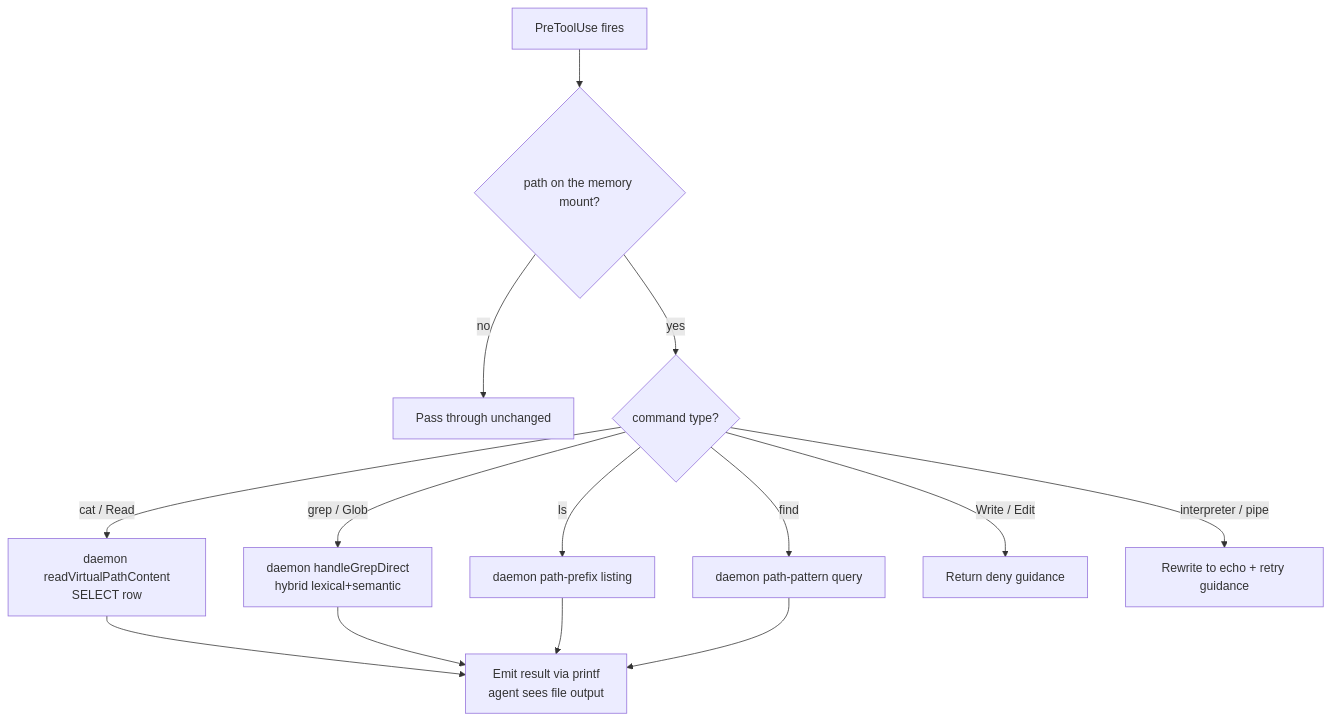
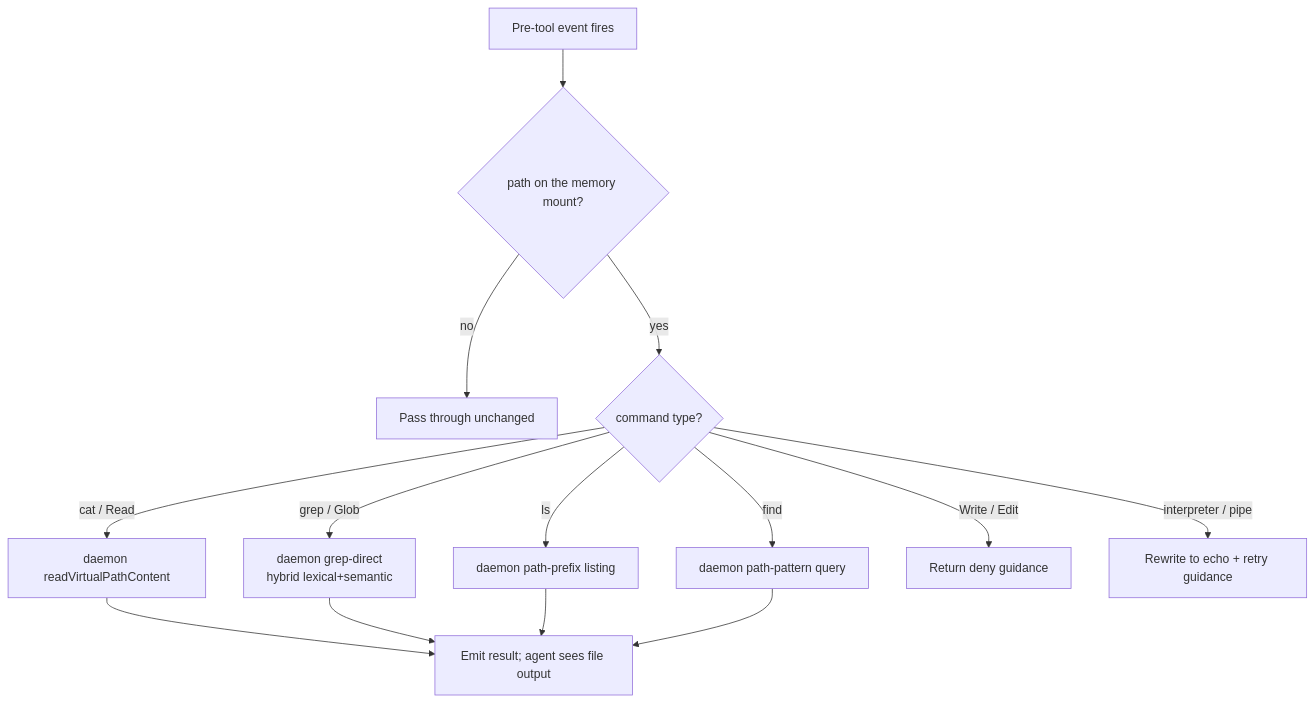
One commit to legioncodeinc/honeycomb changed the first of 2 diagrams in library/knowledge/private/integrations/hook-lifecycle.md. Above: the diagram before and after it, drawn with Mermaid. The commit also changed other lines of this file and 24 other files, not shown here.

````diff
--- a/library/knowledge/private/integrations/hook-lifecycle.md
+++ b/library/knowledge/private/integrations/hook-lifecycle.md
@@ -147,16 +126,16 @@
 ```mermaid
 flowchart TD
-    hookFire["PreToolUse fires"] --> isMemoryPath{"path on the memory mount?"}
+    hookFire["Pre-tool event fires"] --> isMemoryPath{"path on the memory mount?"}
     isMemoryPath -- no --> passThrough["Pass through unchanged"]
     isMemoryPath -- yes --> routeCmd{"command type?"}
-    routeCmd -- "cat / Read" --> daemonRead["daemon readVirtualPathContent\nSELECT row"]
-    routeCmd -- "grep / Glob" --> daemonSearch["daemon handleGrepDirect\nhybrid lexical+semantic"]
+    routeCmd -- "cat / Read" --> daemonRead["daemon readVirtualPathContent"]
+    routeCmd -- "grep / Glob" --> daemonSearch["daemon grep-direct\nhybrid lexical+semantic"]
     routeCmd -- "ls" --> daemonList["daemon path-prefix listing"]
     routeCmd -- "find" --> daemonPattern["daemon path-pattern query"]
     routeCmd -- "Write / Edit" --> denyWrite["Return deny guidance"]
     routeCmd -- "interpreter / pipe" --> safeEcho["Rewrite to echo + retry guidance"]
-    daemonRead --> emitResult["Emit result via printf\nagent sees file output"]
+    daemonRead --> emitResult["Emit result; agent sees file output"]
     daemonSearch --> emitResult
     daemonList --> emitResult
     daemonPattern --> emitResult
 ```
````
